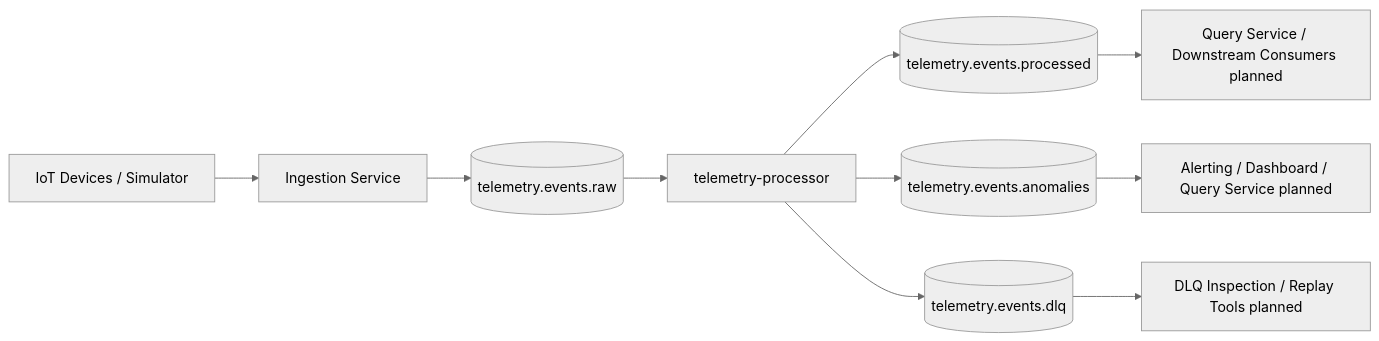
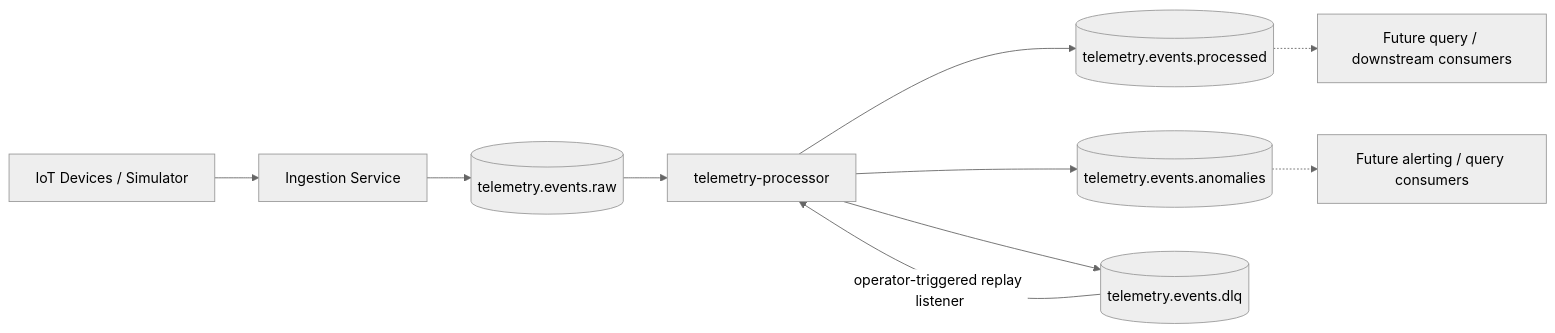
One commit to ME-Massine/pulsestream changed the diagram in docs/diagrams/kafka-topology.md. Above: the diagram before and after it, drawn with Mermaid (neutral theme). The commit also changed other lines of this file and 12 other files, not shown here.

First line of the commit message:
docs: synchronize roadmap, project state, and diagrams for Phase 7 (#261) (#302)

````diff
--- a/docs/diagrams/kafka-topology.md
+++ b/docs/diagrams/kafka-topology.md
@@ -5,15 +5,15 @@
 ```mermaid
 flowchart LR
     A[IoT Devices / Simulator] --> B[Ingestion Service]
     B --> T1[(telemetry.events.raw)]
 
     T1 --> C[telemetry-processor]
 
     C --> T2[(telemetry.events.processed)]
     C --> T3[(telemetry.events.anomalies)]
     C --> T4[(telemetry.events.dlq)]
+    T4 -->|operator-triggered replay listener| C
 
-    T2 --> D[Query Service / Downstream Consumers planned]
-    T3 --> E[Alerting / Dashboard / Query Service planned]
-    T4 --> F[DLQ Inspection / Replay Tools planned]
+    T2 -.-> D[Future query / downstream consumers]
+    T3 -.-> E[Future alerting / query consumers]
 ```
````
